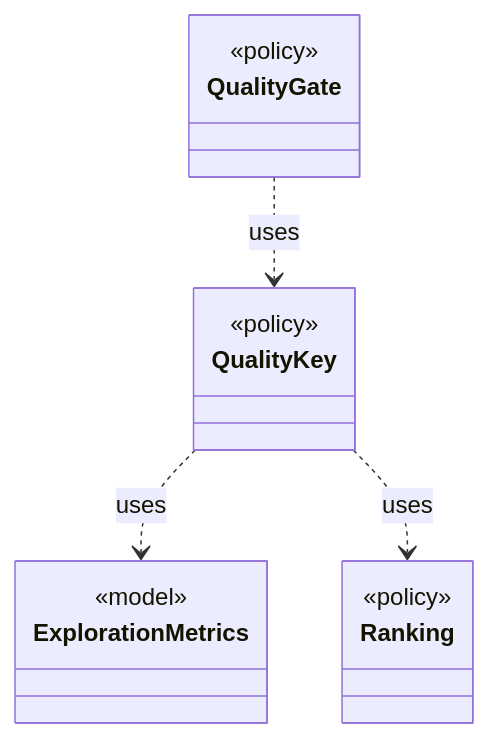
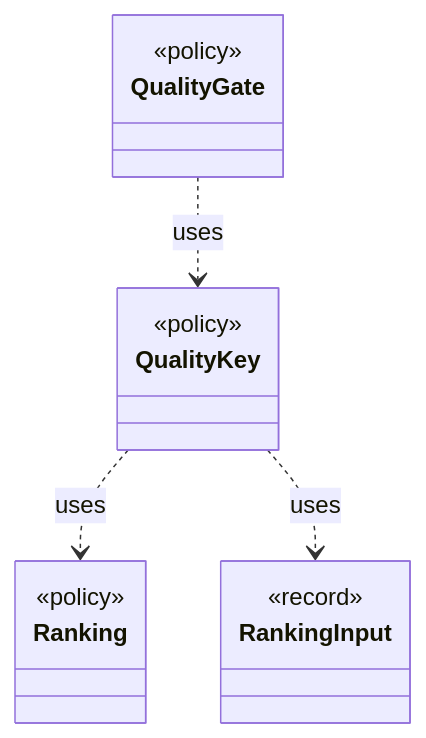
Before and after one commit to tlaplus/model-checker-hardening: the diagram in dev/types/io.github.tlaplus.hardening.workflow.quality.QualityKey.md, drawn with Mermaid. The commit also changed other lines of this file and 410 other files, not shown here.

````diff
--- a/dev/types/io.github.tlaplus.hardening.workflow.quality.QualityKey.md
+++ b/dev/types/io.github.tlaplus.hardening.workflow.quality.QualityKey.md
@@ -9,18 +9,18 @@
 ```mermaid
 classDiagram
   class QualityKey {
     <<policy>>
   }
-  class ExplorationMetrics {
-    <<model>>
-  }
   class Ranking {
     <<policy>>
+  }
+  class RankingInput {
+    <<record>>
   }
   class QualityGate {
     <<policy>>
   }
-  QualityKey ..> ExplorationMetrics : uses
   QualityKey ..> Ranking : uses
+  QualityKey ..> RankingInput : uses
   QualityGate ..> QualityKey : uses
 ```
````
